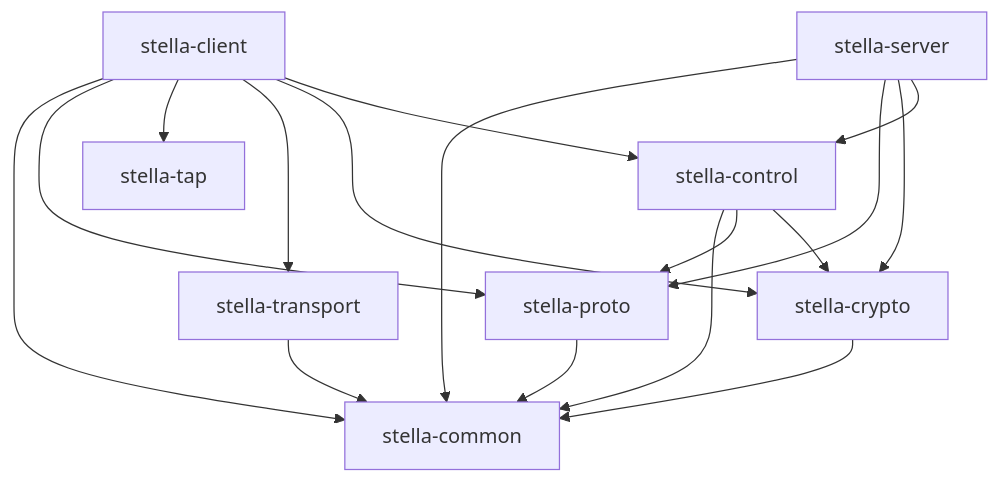
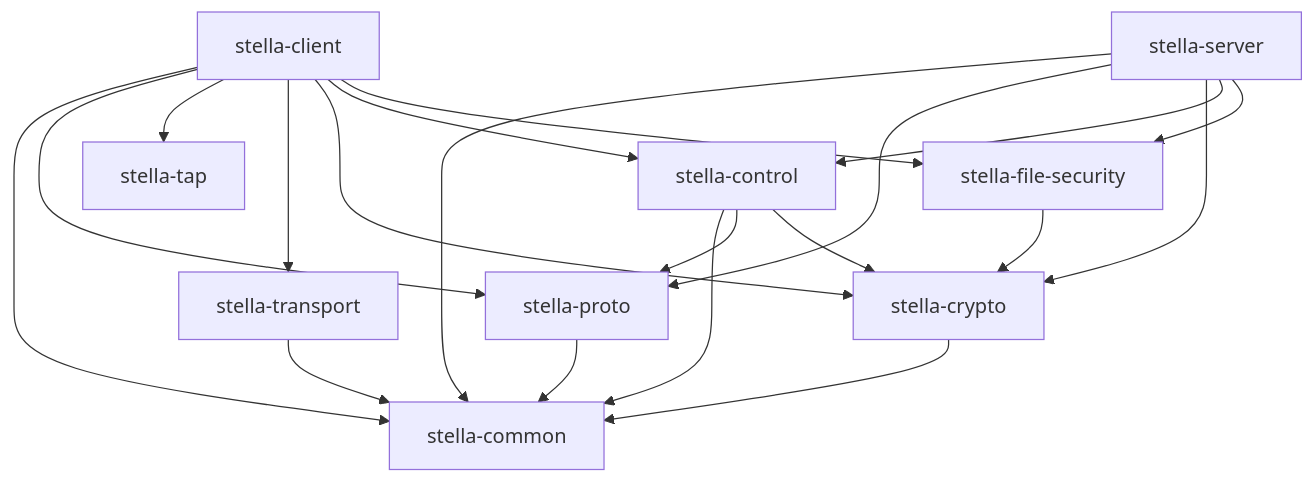
The diagram in docs/development/architecture.md (GT-610/stella), drawn with Mermaid before and after one commit. The commit also changed other lines of this file and 68 other files, not shown here.

````diff
--- a/docs/development/architecture.md
+++ b/docs/development/architecture.md
@@ -9,19 +9,22 @@
 ```mermaid
 flowchart TD
     Client[stella-client] --> Common[stella-common]
     Client --> Proto[stella-proto]
     Client --> Tap[stella-tap]
     Client --> Transport[stella-transport]
     Client --> Crypto[stella-crypto]
     Client --> Control[stella-control]
+    Client --> FileSecurity[stella-file-security]
     Server[stella-server] --> Common
     Server --> Proto
     Server --> Crypto
     Server --> Control
+    Server --> FileSecurity
     Control --> Common
     Control --> Proto
     Control --> Crypto
     Proto --> Common
     Transport --> Common
     Crypto --> Common
+    FileSecurity --> Crypto
 ```
````
